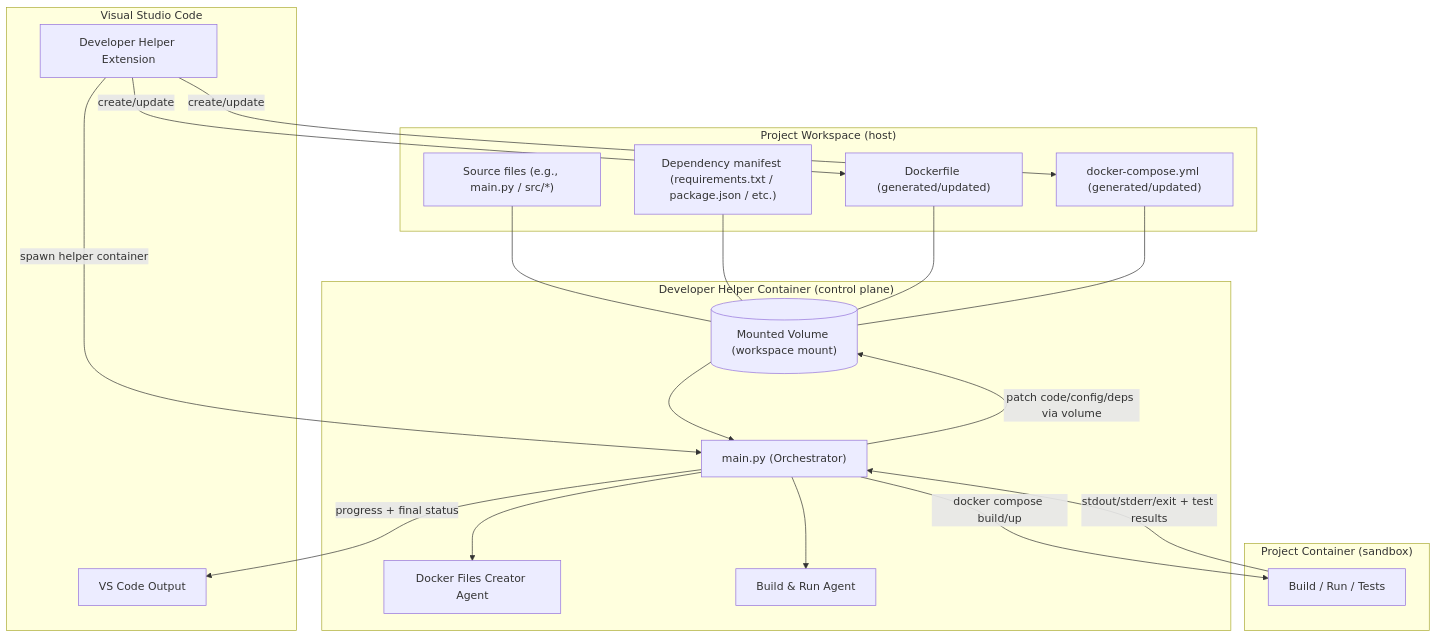
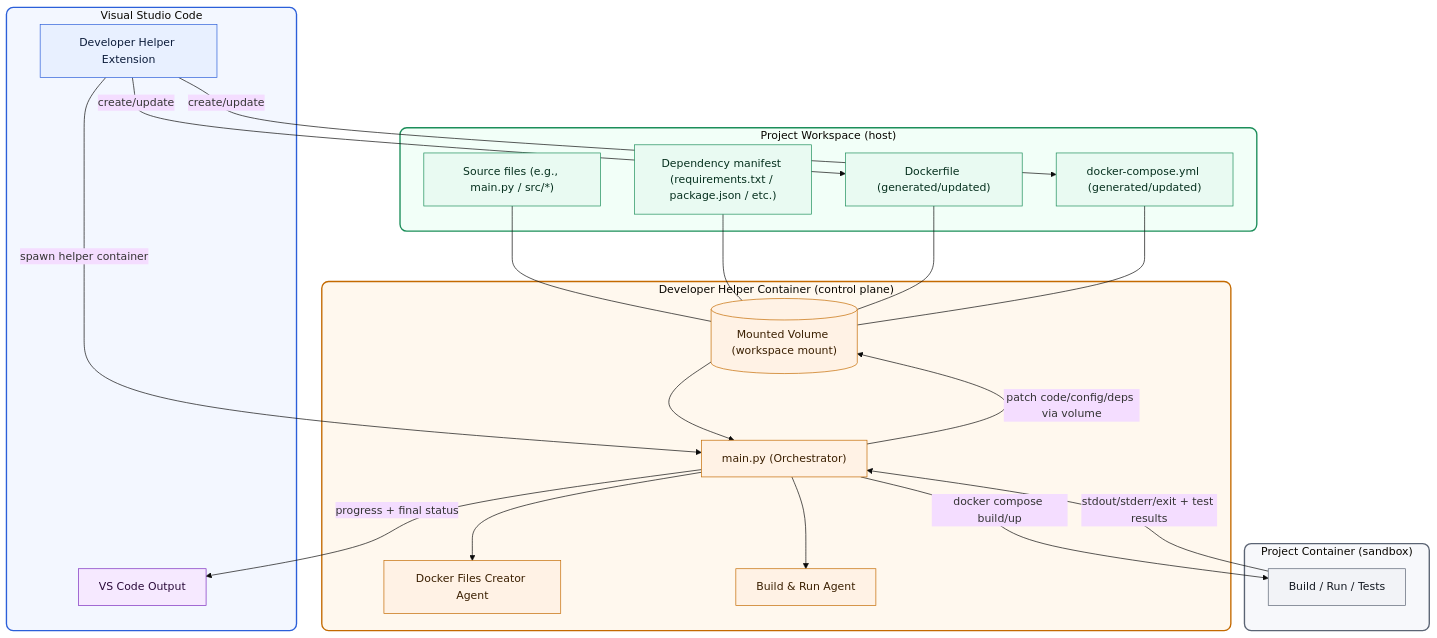
The first of 3 diagrams in README.md (taskma/agentdrydock-demo), drawn with Mermaid before and after one commit.

````diff
--- a/README.md
+++ b/README.md
@@ -140,57 +140,76 @@
 ```mermaid
+%%{init: {"theme":"base","flowchart":{"curve":"basis"},"themeVariables":{"fontFamily":"ui-sans-serif, system-ui"}}}%%
 flowchart TB
   %% --- VS Code side ---
   subgraph VS["Visual Studio Code"]
     EXT["Developer Helper Extension"]
     OUT["VS Code Output"]
   end
 
   %% --- Project workspace ---
   subgraph PROJ["Project Workspace (host)"]
     SRC["Source files (e.g., main.py / src/*)"]
     REQ["Dependency manifest (requirements.txt / package.json / etc.)"]
     DF["Dockerfile (generated/updated)"]
     DC["docker-compose.yml (generated/updated)"]
   end
 
   %% --- Helper control plane ---
   subgraph HELP["Developer Helper Container (control plane)"]
     ORCH["main.py (Orchestrator)"]
     AG_DOCKER["Docker Files Creator Agent"]
     AG_BUILD["Build & Run Agent"]
     VOL[("Mounted Volume (workspace mount)")]
   end
 
   %% --- Execution sandbox ---
   subgraph RUN["Project Container (sandbox)"]
     RUNNER["Build / Run / Tests"]
   end
 
   %% --- Flows ---
   EXT -->|"create/update"| DF
   EXT -->|"create/update"| DC
 
-  %% mount workspace into helper
   SRC --- VOL
   REQ --- VOL
   DF --- VOL
   DC --- VOL
 
-  %% spawn helper + start orchestration
   EXT -->|"spawn helper container"| ORCH
   VOL --> ORCH
 
-  %% agents
   ORCH --> AG_DOCKER
   ORCH --> AG_BUILD
 
-  %% execute in sandbox
   ORCH -->|"docker compose build/up"| RUNNER
   RUNNER -->|"stdout/stderr/exit + test results"| ORCH
 
-  %% apply fixes back to workspace via volume
   ORCH -->|"patch code/config/deps via volume"| VOL
+  ORCH -->|"progress + final status"| OUT
 
-  %% report to VS Code
-  ORCH -->|"progress + final status"| OUT
+  %% =========================
+  %% Styling
+  %% =========================
+  classDef vscode fill:#E8F0FF,stroke:#2B5FD9,stroke-width:1px,color:#0B1B3A;
+  classDef workspace fill:#E9FAF2,stroke:#1C8E5A,stroke-width:1px,color:#06301E;
+  classDef helper fill:#FFF2E5,stroke:#C46A00,stroke-width:1px,color:#3A1F00;
+  classDef sandbox fill:#F2F3F7,stroke:#5B6474,stroke-width:1px,color:#141922;
+  classDef output fill:#F6E9FF,stroke:#7B2CBF,stroke-width:1px,color:#2A0A3A;
+
+  class EXT vscode;
+  class OUT output;
+
+  class SRC,REQ,DF,DC workspace;
+
+  class ORCH,AG_DOCKER,AG_BUILD,VOL helper;
+
+  class RUNNER sandbox;
+
+  %% Style the "areas" (subgraphs) too
+  style VS fill:#F3F7FF,stroke:#2B5FD9,stroke-width:2px,rx:10,ry:10
+  style PROJ fill:#F2FFF8,stroke:#1C8E5A,stroke-width:2px,rx:10,ry:10
+  style HELP fill:#FFF8EE,stroke:#C46A00,stroke-width:2px,rx:10,ry:10
+  style RUN fill:#F7F8FB,stroke:#5B6474,stroke-width:2px,rx:10,ry:10
+
 ```
````
